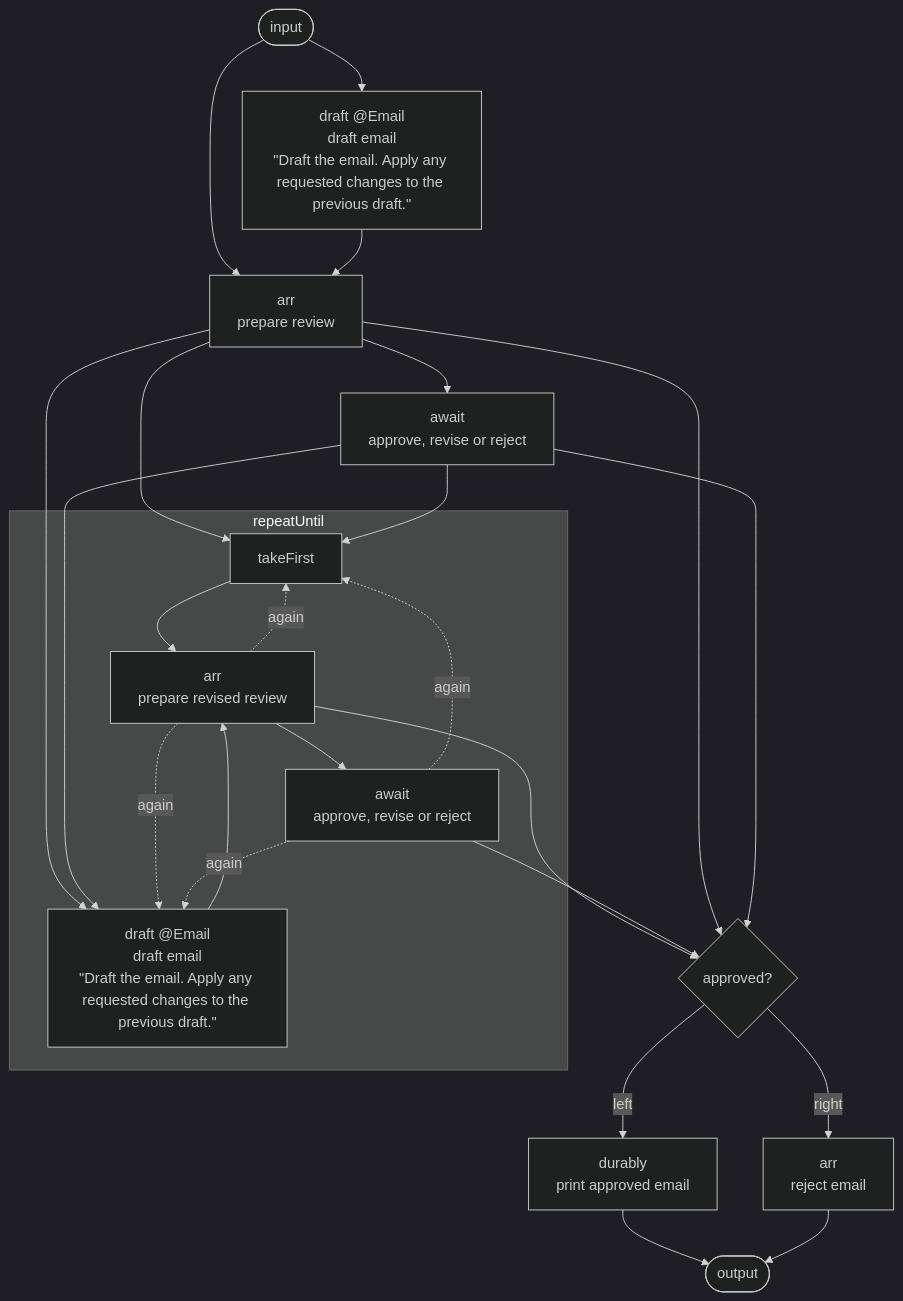
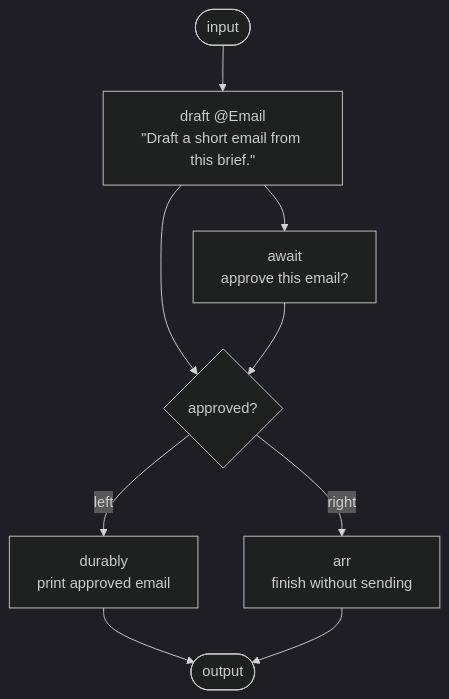
The diagram in examples/diagrams/email-approval.mmd (drshade/haskell-agentic), drawn with Mermaid (dark theme) before and after one commit. The commit also changed 26 other files, not shown here.

```diff
--- a/examples/diagrams/email-approval.mmd
+++ b/examples/diagrams/email-approval.mmd
@@ -1,38 +1,16 @@
 flowchart TD
   input(["input"])
-  n_flow_seq_1_seq_0_fan_1_note_0["draft @Email<br/>draft email<br/>#quot;Draft the email. Apply any requested changes to the previous draft.#quot;"]
-  n_flow_seq_1_seq_1_seq_0_note_0["arr<br/>prepare review"]
-  n_flow_seq_1_seq_1_seq_1_seq_0_fan_1_note_0["await<br/>approve, revise or reject"]
-  subgraph n_flow_seq_1_seq_1_seq_1_seq_1_seq_0_0["repeatUntil"]
-    n_flow_seq_1_seq_1_seq_1_seq_1_seq_0_repeat_seq_1_seq_0_fan_0_0["takeFirst"]
-    n_flow_seq_1_seq_1_seq_1_seq_1_seq_0_repeat_seq_1_seq_0_fan_1_seq_1_note_0["draft @Email<br/>draft email<br/>#quot;Draft the email. Apply any requested changes to the previous draft.#quot;"]
-    n_flow_seq_1_seq_1_seq_1_seq_1_seq_0_repeat_seq_1_seq_1_seq_0_note_0["arr<br/>prepare revised review"]
-    n_flow_seq_1_seq_1_seq_1_seq_1_seq_0_repeat_seq_1_seq_1_seq_1_fan_1_note_0["await<br/>approve, revise or reject"]
-  end
-  n_flow_seq_1_seq_1_seq_1_seq_1_seq_1_seq_1_note_0{"approved?"}
-  n_flow_seq_1_seq_1_seq_1_seq_1_seq_1_seq_1_note_choose_0_seq_0_note_0["durably<br/>print approved email"]
-  n_flow_seq_1_seq_1_seq_1_seq_1_seq_1_seq_1_note_choose_1_note_0["arr<br/>reject email"]
+  n_flow_seq_0_0["draft @Email<br/>#quot;Draft a short email from this brief.#quot;"]
+  n_flow_seq_1_seq_0_fan_1_note_0["await<br/>approve this email?"]
+  n_flow_seq_1_seq_1_seq_1_note_0{"approved?"}
+  n_flow_seq_1_seq_1_seq_1_note_choose_0_note_0["durably<br/>print approved email"]
+  n_flow_seq_1_seq_1_seq_1_note_choose_1_note_0["arr<br/>finish without sending"]
   output(["output"])
-  input --> n_flow_seq_1_seq_0_fan_1_note_0
-  input --> n_flow_seq_1_seq_1_seq_0_note_0
-  n_flow_seq_1_seq_0_fan_1_note_0 --> n_flow_seq_1_seq_1_seq_0_note_0
-  n_flow_seq_1_seq_1_seq_0_note_0 --> n_flow_seq_1_seq_1_seq_1_seq_0_fan_1_note_0
-  n_flow_seq_1_seq_1_seq_0_note_0 --> n_flow_seq_1_seq_1_seq_1_seq_1_seq_0_repeat_seq_1_seq_0_fan_0_0
-  n_flow_seq_1_seq_1_seq_1_seq_0_fan_1_note_0 --> n_flow_seq_1_seq_1_seq_1_seq_1_seq_0_repeat_seq_1_seq_0_fan_0_0
-  n_flow_seq_1_seq_1_seq_0_note_0 --> n_flow_seq_1_seq_1_seq_1_seq_1_seq_0_repeat_seq_1_seq_0_fan_1_seq_1_note_0
-  n_flow_seq_1_seq_1_seq_1_seq_0_fan_1_note_0 --> n_flow_seq_1_seq_1_seq_1_seq_1_seq_0_repeat_seq_1_seq_0_fan_1_seq_1_note_0
-  n_flow_seq_1_seq_1_seq_1_seq_1_seq_0_repeat_seq_1_seq_0_fan_0_0 --> n_flow_seq_1_seq_1_seq_1_seq_1_seq_0_repeat_seq_1_seq_1_seq_0_note_0
-  n_flow_seq_1_seq_1_seq_1_seq_1_seq_0_repeat_seq_1_seq_0_fan_1_seq_1_note_0 --> n_flow_seq_1_seq_1_seq_1_seq_1_seq_0_repeat_seq_1_seq_1_seq_0_note_0
-  n_flow_seq_1_seq_1_seq_1_seq_1_seq_0_repeat_seq_1_seq_1_seq_0_note_0 --> n_flow_seq_1_seq_1_seq_1_seq_1_seq_0_repeat_seq_1_seq_1_seq_1_fan_1_note_0
-  n_flow_seq_1_seq_1_seq_1_seq_1_seq_0_repeat_seq_1_seq_1_seq_0_note_0 -.->|again| n_flow_seq_1_seq_1_seq_1_seq_1_seq_0_repeat_seq_1_seq_0_fan_0_0
-  n_flow_seq_1_seq_1_seq_1_seq_1_seq_0_repeat_seq_1_seq_1_seq_0_note_0 -.->|again| n_flow_seq_1_seq_1_seq_1_seq_1_seq_0_repeat_seq_1_seq_0_fan_1_seq_1_note_0
-  n_flow_seq_1_seq_1_seq_1_seq_1_seq_0_repeat_seq_1_seq_1_seq_1_fan_1_note_0 -.->|again| n_flow_seq_1_seq_1_seq_1_seq_1_seq_0_repeat_seq_1_seq_0_fan_0_0
-  n_flow_seq_1_seq_1_seq_1_seq_1_seq_0_repeat_seq_1_seq_1_seq_1_fan_1_note_0 -.->|again| n_flow_seq_1_seq_1_seq_1_seq_1_seq_0_repeat_seq_1_seq_0_fan_1_seq_1_note_0
-  n_flow_seq_1_seq_1_seq_0_note_0 --> n_flow_seq_1_seq_1_seq_1_seq_1_seq_1_seq_1_note_0
-  n_flow_seq_1_seq_1_seq_1_seq_1_seq_0_repeat_seq_1_seq_1_seq_0_note_0 --> n_flow_seq_1_seq_1_seq_1_seq_1_seq_1_seq_1_note_0
-  n_flow_seq_1_seq_1_seq_1_seq_0_fan_1_note_0 --> n_flow_seq_1_seq_1_seq_1_seq_1_seq_1_seq_1_note_0
-  n_flow_seq_1_seq_1_seq_1_seq_1_seq_0_repeat_seq_1_seq_1_seq_1_fan_1_note_0 --> n_flow_seq_1_seq_1_seq_1_seq_1_seq_1_seq_1_note_0
-  n_flow_seq_1_seq_1_seq_1_seq_1_seq_1_seq_1_note_0 -->|left| n_flow_seq_1_seq_1_seq_1_seq_1_seq_1_seq_1_note_choose_0_seq_0_note_0
-  n_flow_seq_1_seq_1_seq_1_seq_1_seq_1_seq_1_note_0 -->|right| n_flow_seq_1_seq_1_seq_1_seq_1_seq_1_seq_1_note_choose_1_note_0
-  n_flow_seq_1_seq_1_seq_1_seq_1_seq_1_seq_1_note_choose_0_seq_0_note_0 --> output
-  n_flow_seq_1_seq_1_seq_1_seq_1_seq_1_seq_1_note_choose_1_note_0 --> output
+  input --> n_flow_seq_0_0
+  n_flow_seq_0_0 --> n_flow_seq_1_seq_0_fan_1_note_0
+  n_flow_seq_0_0 --> n_flow_seq_1_seq_1_seq_1_note_0
+  n_flow_seq_1_seq_0_fan_1_note_0 --> n_flow_seq_1_seq_1_seq_1_note_0
+  n_flow_seq_1_seq_1_seq_1_note_0 -->|left| n_flow_seq_1_seq_1_seq_1_note_choose_0_note_0
+  n_flow_seq_1_seq_1_seq_1_note_0 -->|right| n_flow_seq_1_seq_1_seq_1_note_choose_1_note_0
+  n_flow_seq_1_seq_1_seq_1_note_choose_0_note_0 --> output
+  n_flow_seq_1_seq_1_seq_1_note_choose_1_note_0 --> output
```
